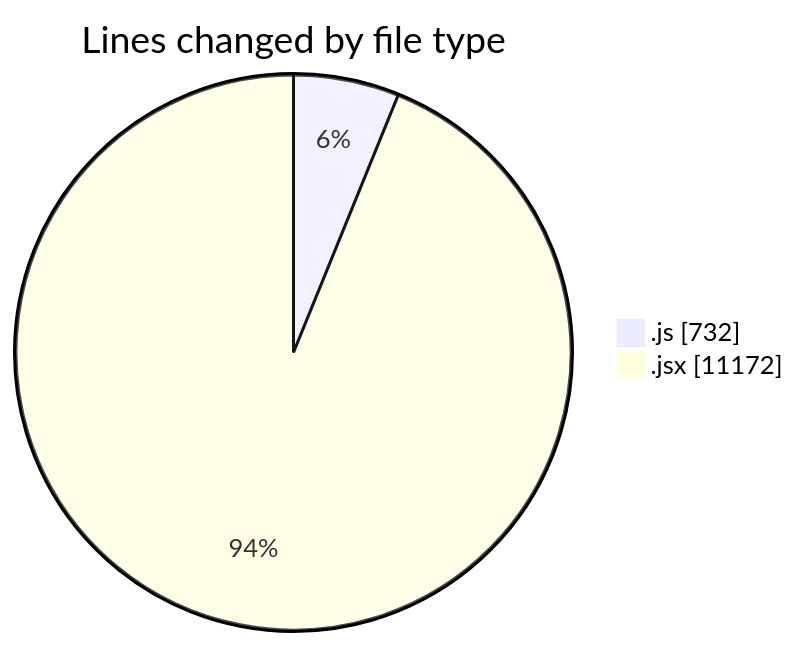
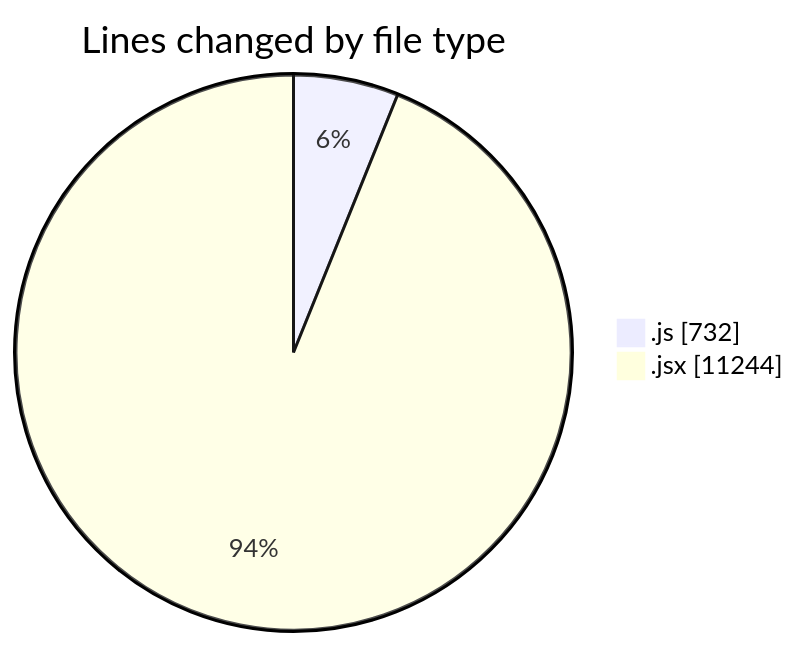
The first of 2 diagrams in 2025-07-28/nxtqube_webapp/README.md (nxtqubesakshisongat/code-tracking), drawn with Mermaid before and after one commit. The commit also changed other lines of this file and 1 other file, not shown here.

````diff
--- a/2025-07-28/nxtqube_webapp/README.md
+++ b/2025-07-28/nxtqube_webapp/README.md
@@ -47,6 +47,6 @@
 ```mermaid
 pie showData
 title Lines changed by file type
 ".js" : 732
-".jsx" : 11172
+".jsx" : 11244
 ```
````
